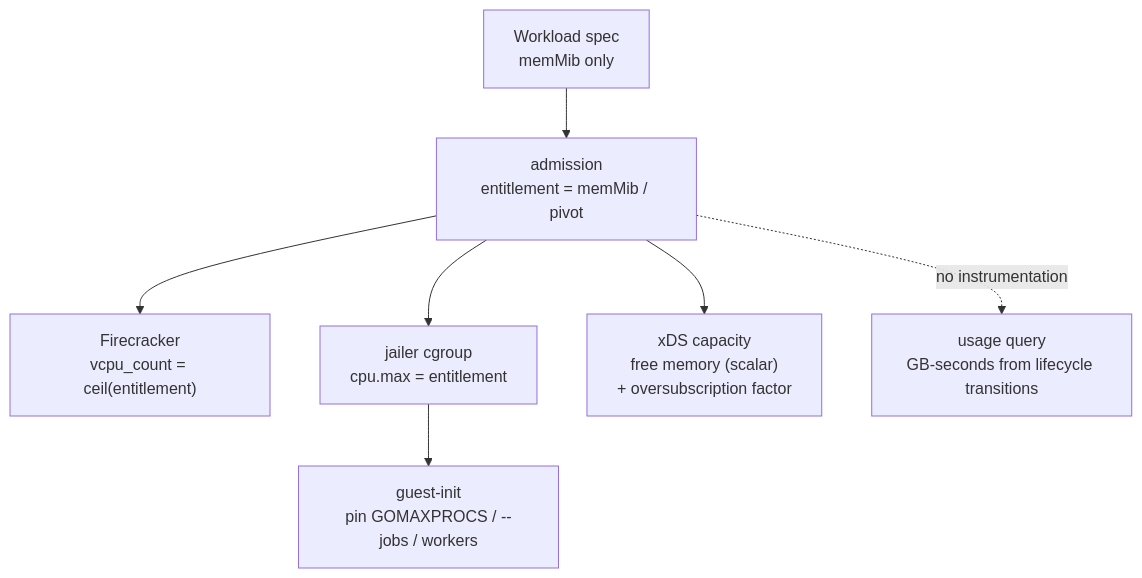
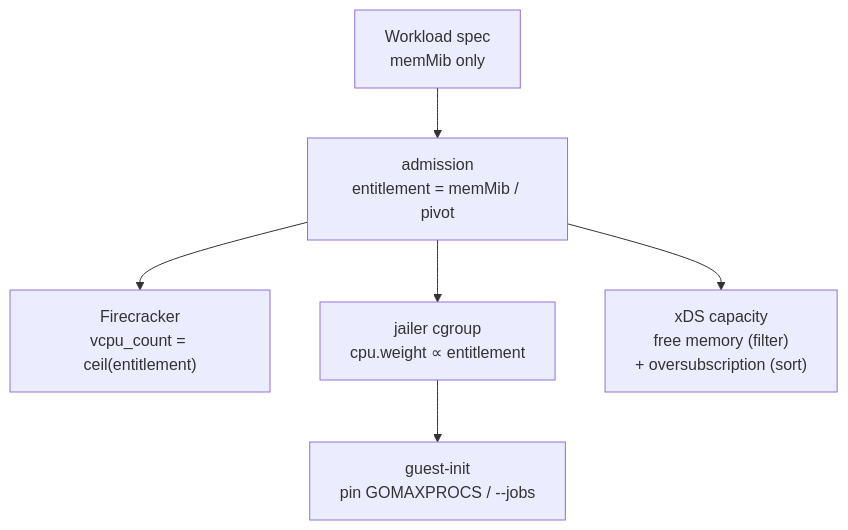
The diagram in docs/decisions/embervm/021-workload-resource-model-memory-pivot.md (jomcgi-org/homelab), drawn with Mermaid before and after one commit. The commit also changed other lines of this file and 8 other files, not shown here.

First line of the commit message:
fix(adr): 021 corrections from review; chart bumps past main

````diff
--- a/docs/decisions/embervm/021-workload-resource-model-memory-pivot.md
+++ b/docs/decisions/embervm/021-workload-resource-model-memory-pivot.md
@@ -83,17 +95,15 @@
 ```mermaid
 graph TB
     W["Workload spec<br/>memMib only"]
     ADM["admission<br/>entitlement = memMib / pivot"]
     FC["Firecracker<br/>vcpu_count = ceil(entitlement)"]
-    CG["jailer cgroup<br/>cpu.max = entitlement"]
-    GI["guest-init<br/>pin GOMAXPROCS / --jobs / workers"]
-    CAP["xDS capacity<br/>free memory (scalar)<br/>+ oversubscription factor"]
-    BILL["usage query<br/>GB-seconds from lifecycle transitions"]
+    CG["jailer cgroup<br/>cpu.weight ∝ entitlement"]
+    GI["guest-init<br/>pin GOMAXPROCS / --jobs"]
+    CAP["xDS capacity<br/>free memory (filter)<br/>+ oversubscription (sort)"]
 
     W --> ADM
     ADM --> FC
     ADM --> CG
     CG --> GI
     ADM --> CAP
-    ADM -.->|no instrumentation| BILL
 ```
````
